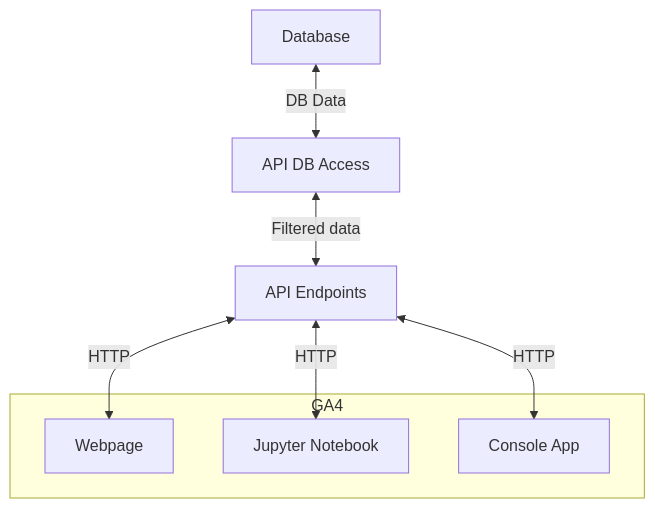
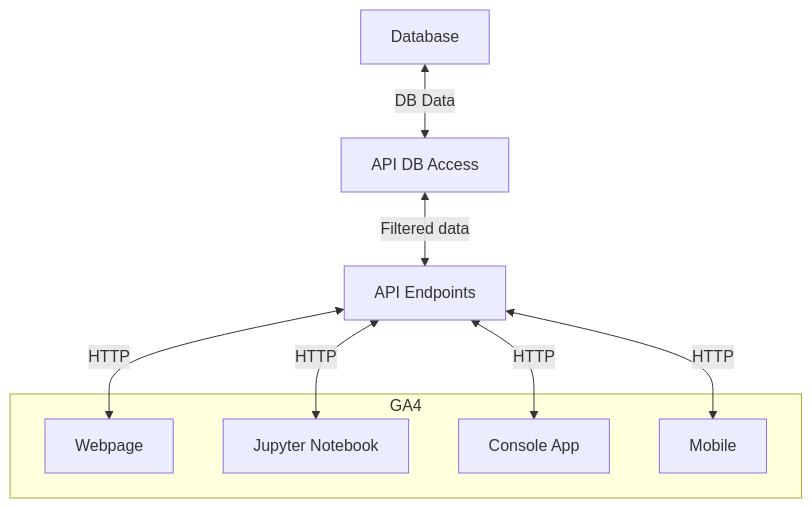
One commit to MLDERES/ISYS58603 changed the third of 3 diagrams in README.md. Above: the diagram before and after it, drawn with Mermaid. The commit also changed other lines of this file, not shown here.

Commit message:
Fixed layout of readme.

````diff
--- a/README.md
+++ b/README.md
@@ -44,14 +46,16 @@
 ```mermaid
 graph TD
     E[Database] <-->|DB Data| F[API DB Access]
     F <-->|Filtered data| G[API Endpoints]    
     
         G <-->|HTTP| A[Webpage]
         G <-->|HTTP| B[Jupyter Notebook]
         G <-->|HTTP| D[Console App]
+        G <-->|HTTP| H[Mobile]
     subgraph "GA4"
         A
         B
         D
+        H
     end
 ```
````
